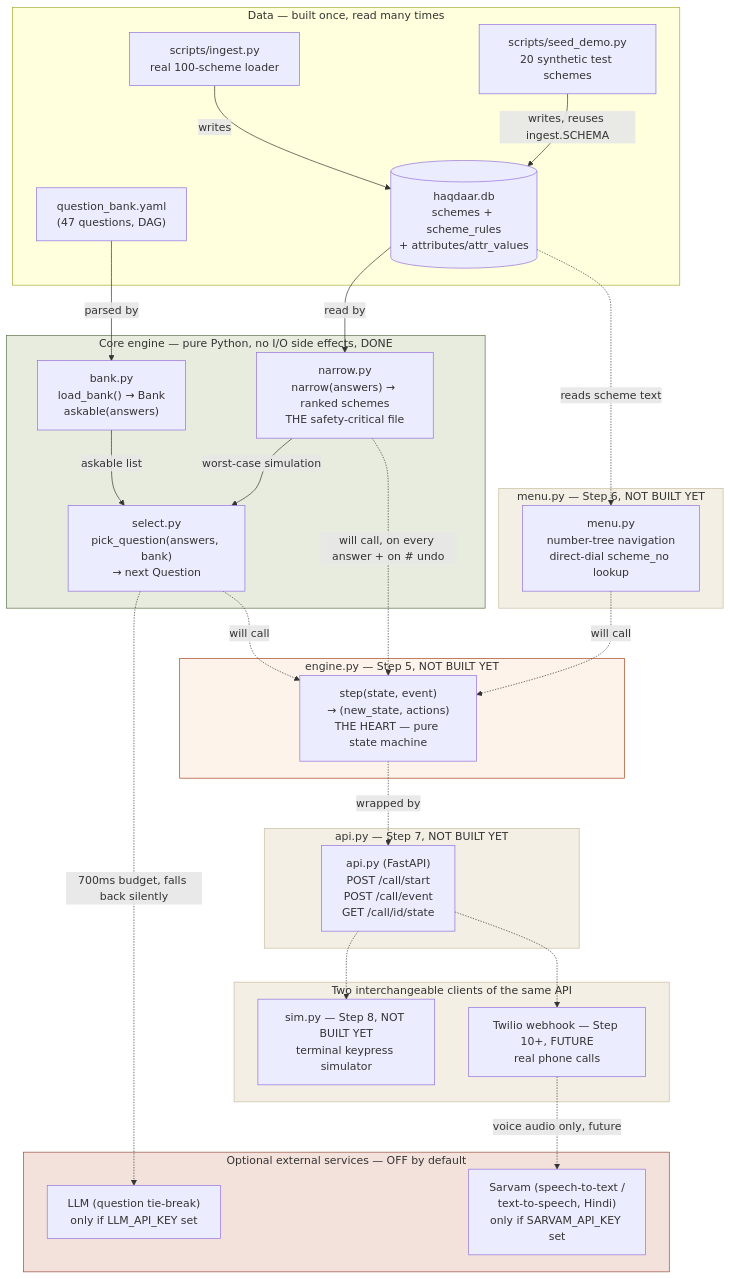
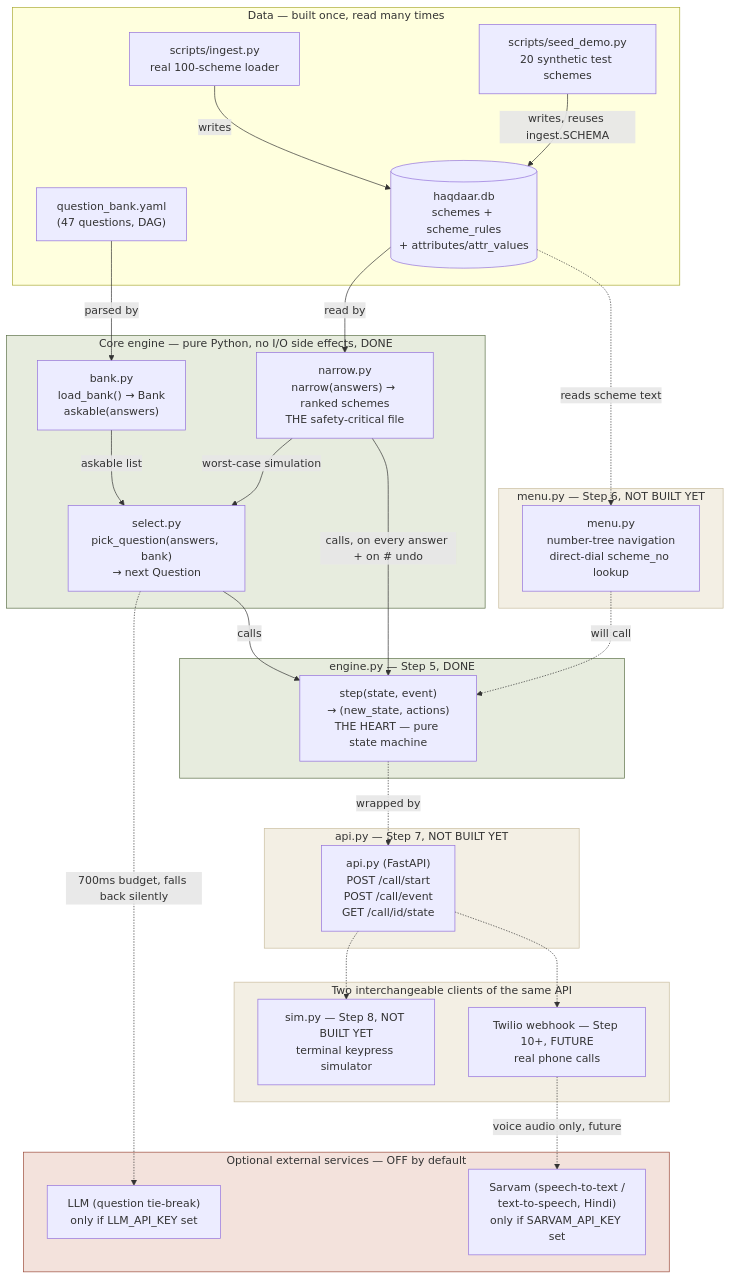
One commit to agarwaladarshcoding-maker/haqdaar-call-bot changed the diagram in ARCHITECTURE.md. Above: the diagram before and after it, drawn with Mermaid. The commit also changed other lines of this file and 5 other files, not shown here.

````diff
--- a/ARCHITECTURE.md
+++ b/ARCHITECTURE.md
@@ -24,59 +24,59 @@
 ```mermaid
 flowchart TB
     subgraph data["Data — built once, read many times"]
         YAML["question_bank.yaml<br/>(47 questions, DAG)"]
         SQLITE[("haqdaar.db<br/>schemes + scheme_rules<br/>+ attributes/attr_values")]
         INGEST["scripts/ingest.py<br/>real 100-scheme loader"]
         SEED["scripts/seed_demo.py<br/>20 synthetic test schemes"]
         INGEST -->|writes| SQLITE
         SEED -->|writes, reuses ingest.SCHEMA| SQLITE
     end
 
     subgraph core["Core engine — pure Python, no I/O side effects, DONE"]
         BANK["bank.py<br/>load_bank() → Bank<br/>askable(answers)"]
         NARROW["narrow.py<br/>narrow(answers) → ranked schemes<br/>THE safety-critical file"]
         SELECT["select.py<br/>pick_question(answers, bank)<br/>→ next Question"]
         YAML -->|parsed by| BANK
         SQLITE -->|read by| NARROW
         BANK -->|askable list| SELECT
         NARROW -->|worst-case simulation| SELECT
     end
 
-    subgraph heart["engine.py — Step 5, NOT BUILT YET"]
+    subgraph heart["engine.py — Step 5, DONE"]
         ENGINE["step(state, event)<br/>→ (new_state, actions)<br/>THE HEART — pure state machine"]
-        SELECT -.->|will call| ENGINE
-        NARROW -.->|will call, on every answer + on # undo| ENGINE
+        SELECT -->|calls| ENGINE
+        NARROW -->|calls, on every answer + on # undo| ENGINE
     end
 
     subgraph menu_layer["menu.py — Step 6, NOT BUILT YET"]
         MENU["menu.py<br/>number-tree navigation<br/>direct-dial scheme_no lookup"]
         SQLITE -.->|reads scheme text| MENU
         MENU -.->|will call| ENGINE
     end
 
     subgraph surface["api.py — Step 7, NOT BUILT YET"]
         API["api.py (FastAPI)<br/>POST /call/start<br/>POST /call/event<br/>GET /call/id/state"]
         ENGINE -.->|wrapped by| API
     end
 
     subgraph clients["Two interchangeable clients of the same API"]
         SIM["sim.py — Step 8, NOT BUILT YET<br/>terminal keypress simulator"]
         TWILIO["Twilio webhook — Step 10+, FUTURE<br/>real phone calls"]
         API -.-> SIM
         API -.-> TWILIO
     end
 
     subgraph optional["Optional external services — OFF by default"]
         LLM["LLM (question tie-break)<br/>only if LLM_API_KEY set"]
         SARVAM["Sarvam (speech-to-text /<br/>text-to-speech, Hindi)<br/>only if SARVAM_API_KEY set"]
         SELECT -.->|700ms budget, falls back silently| LLM
         TWILIO -.->|voice audio only, future| SARVAM
     end
 
     style core fill:#e7ecde,stroke:#5c7048
-    style heart fill:#fdf3ea,stroke:#a8461f
+    style heart fill:#e7ecde,stroke:#5c7048
     style menu_layer fill:#f3efe4,stroke:#c9bd9f
     style surface fill:#f3efe4,stroke:#c9bd9f
     style clients fill:#f3efe4,stroke:#c9bd9f
     style optional fill:#f3e2dc,stroke:#9b4a3a
 ```
````
